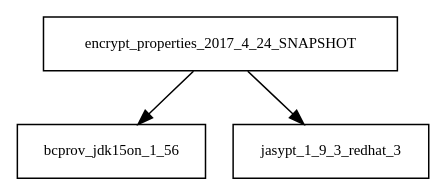
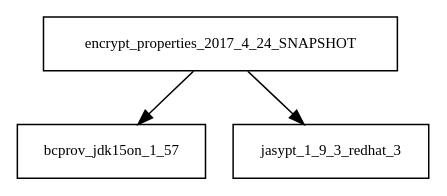
Before and after one commit to AglaianWoman/cia: the diagram in tattleTaleReport/graphviz/encrypt.properties-2017.4.24-SNAPSHOT.jar/encrypt.properties-2017.4.24-SNAPSHOT.jar.dot, drawn with Graphviz. The commit also changed 1059 other files, not shown here.

```diff
--- a/tattleTaleReport/graphviz/encrypt.properties-2017.4.24-SNAPSHOT.jar/encrypt.properties-2017.4.24-SNAPSHOT.jar.dot
+++ b/tattleTaleReport/graphviz/encrypt.properties-2017.4.24-SNAPSHOT.jar/encrypt.properties-2017.4.24-SNAPSHOT.jar.dot
@@ -1,5 +1,5 @@
 digraph encrypt_properties_2017_4_24_SNAPSHOT_dependencies {
   node [shape = box, fontsize=10.0];
-  encrypt_properties_2017_4_24_SNAPSHOT -> bcprov_jdk15on_1_56;
+  encrypt_properties_2017_4_24_SNAPSHOT -> bcprov_jdk15on_1_57;
   encrypt_properties_2017_4_24_SNAPSHOT -> jasypt_1_9_3_redhat_3;
 }
```
